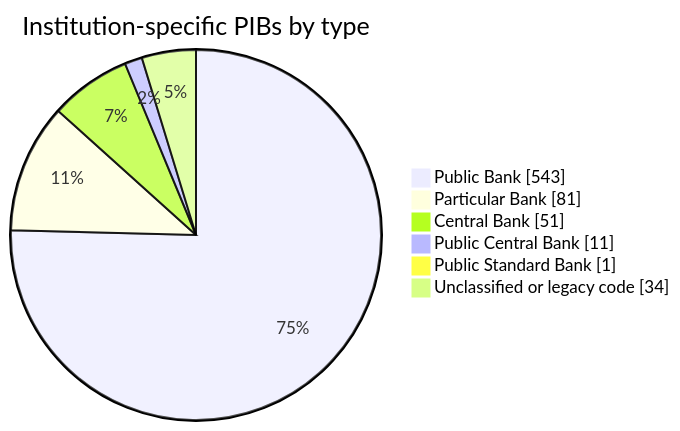
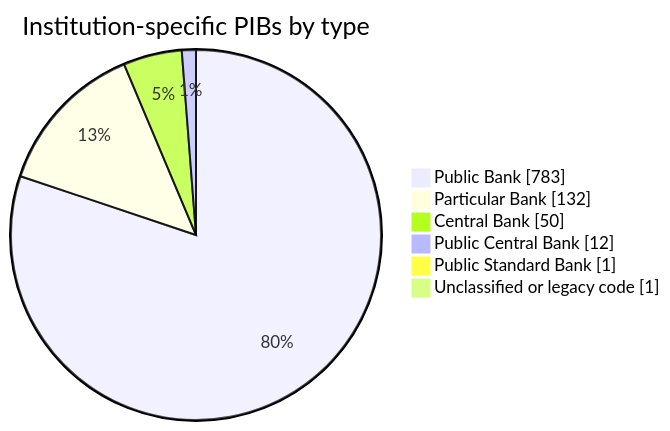
The first of 2 diagrams in README.md (PatLittle/pibs), drawn with Mermaid before and after one commit. The commit also changed other lines of this file and 1428 other files, not shown here.

````diff
--- a/README.md
+++ b/README.md
@@ -57,10 +98,10 @@
 ```mermaid
 pie showData
     title Institution-specific PIBs by type
-    "Public Bank" : 543
-    "Particular Bank" : 81
-    "Central Bank" : 51
-    "Public Central Bank" : 11
+    "Public Bank" : 783
+    "Particular Bank" : 132
+    "Central Bank" : 50
+    "Public Central Bank" : 12
     "Public Standard Bank" : 1
-    "Unclassified or legacy code" : 34
+    "Unclassified or legacy code" : 1
 ```
````
